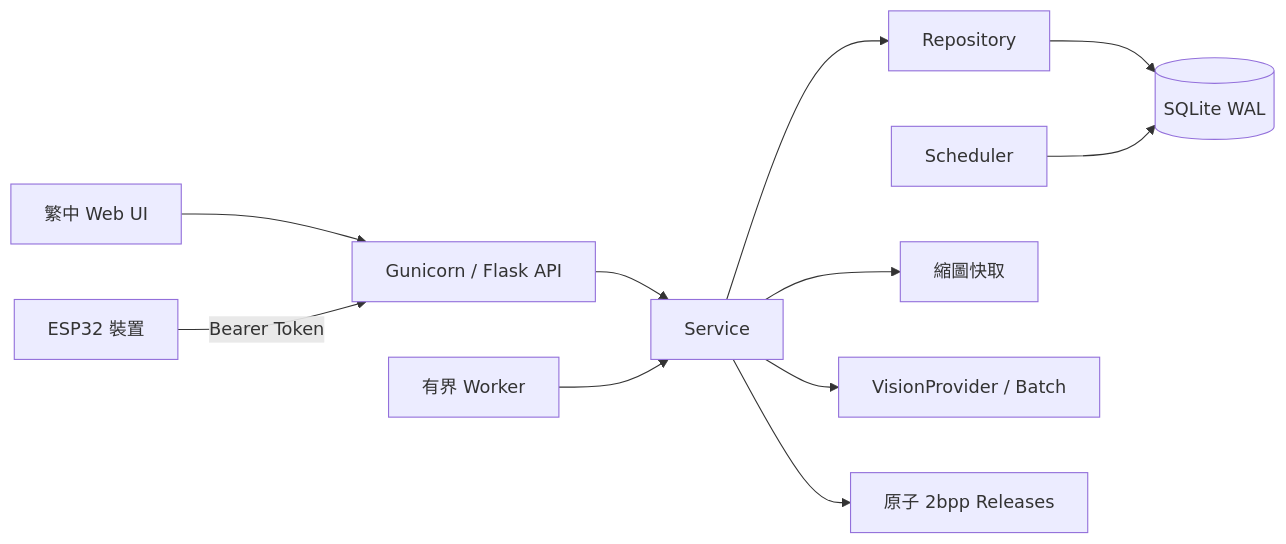
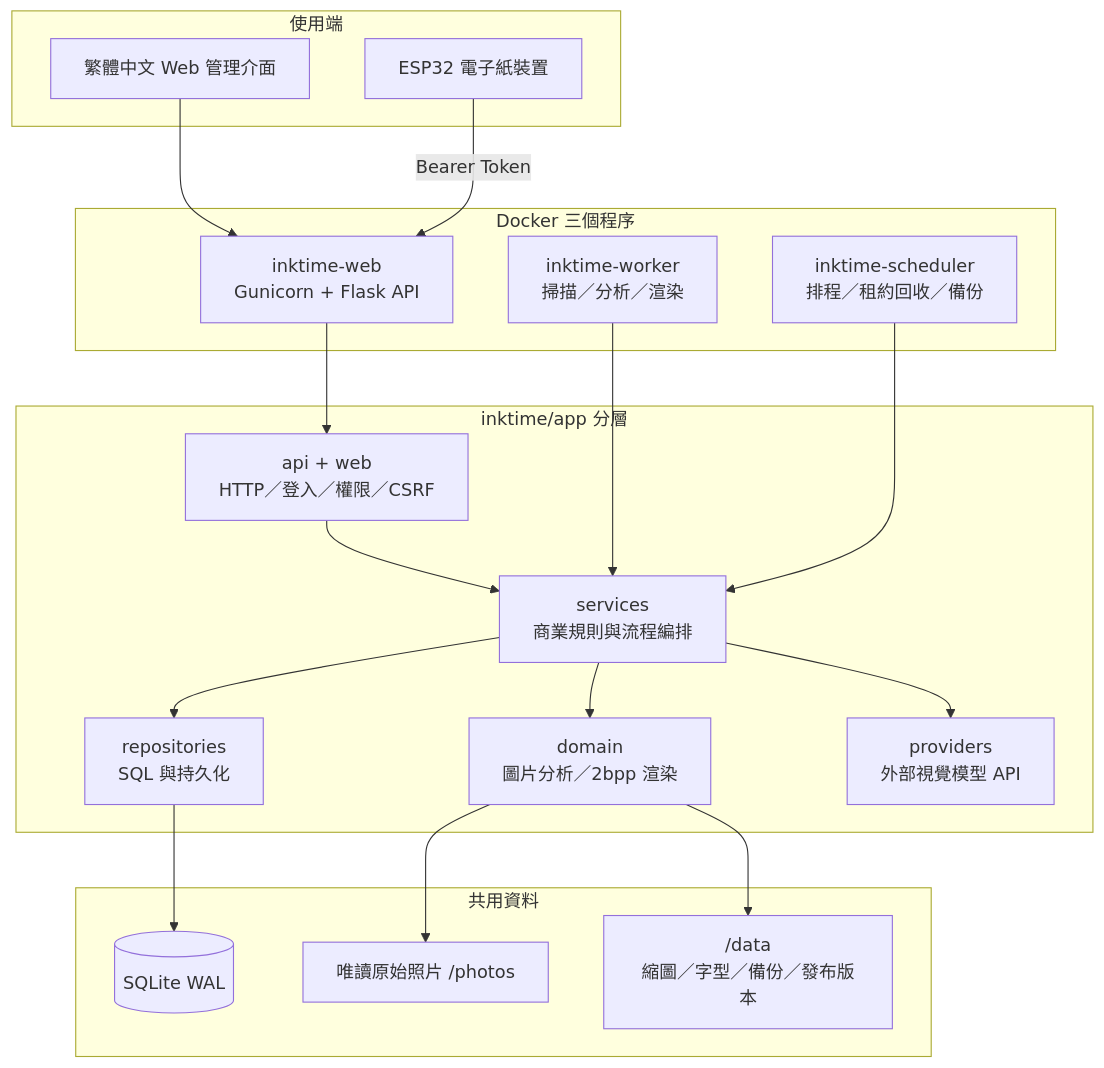
One commit to steven87090799/InkTime changed the diagram in README.md. Above: the diagram before and after it, drawn with Mermaid. The commit also changed other lines of this file and 5 other files, not shown here.

Commit message:
docs: explain architecture and photo scoring

````diff
--- a/README.md
+++ b/README.md
@@ -22,11 +22,37 @@
 ```mermaid
-flowchart LR
-    UI["繁中 Web UI"] --> WEB["Gunicorn / Flask API"]
-    ESP["ESP32 裝置"] -->|"Bearer Token"| WEB
-    WEB --> SVC["Service"] --> REPO["Repository"] --> DB[("SQLite WAL")]
-    WORKER["有界 Worker"] --> SVC
-    SCHED["Scheduler"] --> DB
-    SVC --> CACHE["縮圖快取"]
-    SVC --> PROVIDER["VisionProvider / Batch"]
-    SVC --> RELEASE["原子 2bpp Releases"]
+flowchart TB
+    subgraph clients["使用端"]
+        UI["繁體中文 Web 管理介面"]
+        ESP["ESP32 電子紙裝置"]
+    end
+
+    subgraph processes["Docker 三個程序"]
+        WEB["inktime-web<br/>Gunicorn + Flask API"]
+        WORKER["inktime-worker<br/>掃描／分析／渲染"]
+        SCHED["inktime-scheduler<br/>排程／租約回收／備份"]
+    end
+
+    subgraph application["inktime/app 分層"]
+        API["api + web<br/>HTTP／登入／權限／CSRF"]
+        SVC["services<br/>商業規則與流程編排"]
+        DOMAIN["domain<br/>圖片分析／2bpp 渲染"]
+        REPO["repositories<br/>SQL 與持久化"]
+        PROVIDER["providers<br/>外部視覺模型 API"]
+    end
+
+    subgraph storage["共用資料"]
+        DB[("SQLite WAL")]
+        PHOTOS["唯讀原始照片 /photos"]
+        DATA["/data<br/>縮圖／字型／備份／發布版本"]
+    end
+
+    UI --> WEB --> API --> SVC
+    ESP -->|"Bearer Token"| WEB
+    WORKER --> SVC
+    SCHED --> SVC
+    SVC --> DOMAIN
+    SVC --> PROVIDER
+    SVC --> REPO --> DB
+    DOMAIN --> PHOTOS
+    DOMAIN --> DATA
 ```
````
